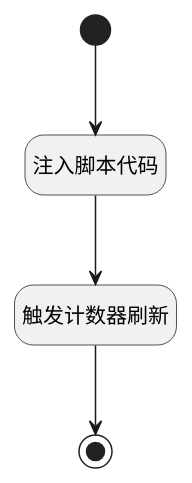
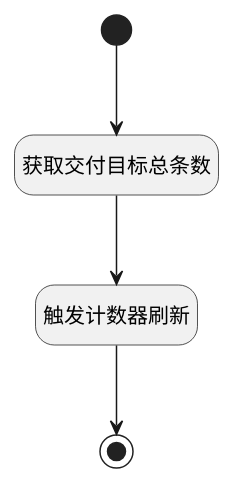
The diagram in doc/docsify/module/Base/deliverable/uilogic/get_deliverable_total.md (iBizLab/plm), drawn with PlantUML before and after one commit. The commit also changed other lines of this file and 1778 other files, not shown here.

````diff
--- a/doc/docsify/module/Base/deliverable/uilogic/get_deliverable_total.md
+++ b/doc/docsify/module/Base/deliverable/uilogic/get_deliverable_total.md
@@ -7,23 +7,23 @@
 ```plantuml
 @startuml
 hide footbox
 <style>
 root {
   HyperlinkColor #42b983
 }
 </style>
 
 hide empty description
 state "开始" as Begin <<start>> [[$./get_deliverable_total#begin {开始}]]
-state "注入脚本代码" as RAWJSCODE2  [[$./get_deliverable_total#rawjscode2 {注入脚本代码}]]
 state "触发计数器刷新" as RAWJSCODE3  [[$./get_deliverable_total#rawjscode3 {触发计数器刷新}]]
+state "获取交付目标总条数" as RAWJSCODE2  [[$./get_deliverable_total#rawjscode2 {获取交付目标总条数}]]
 state "结束" as END1 <<end>> [[$./get_deliverable_total#end1 {结束}]]
 
 
 Begin --> RAWJSCODE2
 RAWJSCODE2 --> RAWJSCODE3
 RAWJSCODE3 --> END1
 
 
 @enduml
 ```
````
